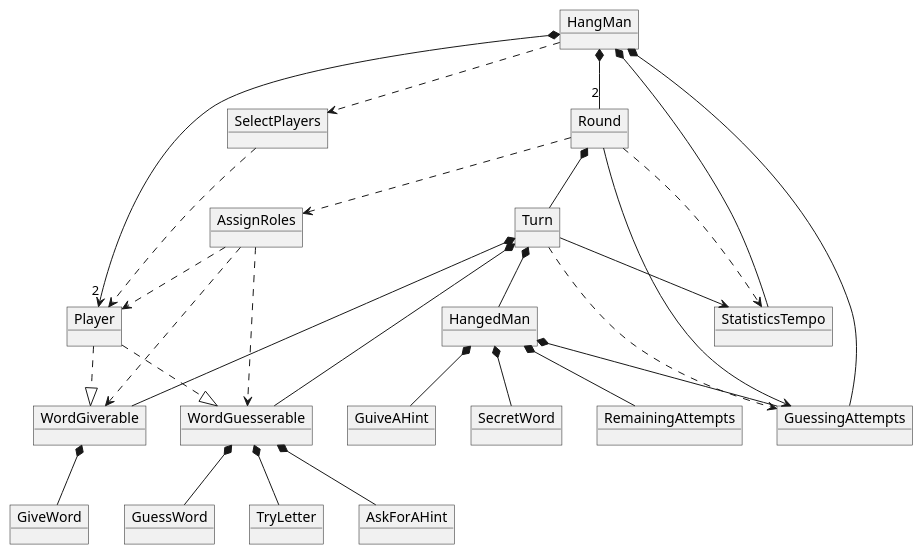
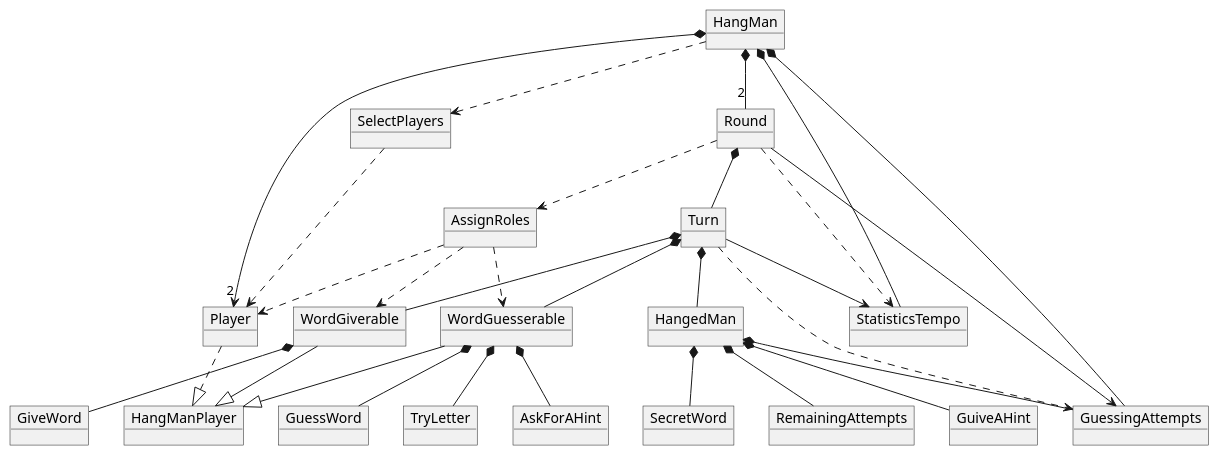
One commit to jesus-a-barrera/ExcerciseGames-ItFundamentals changed the diagram in docs/DomainDiagramHangMan.wsd. Above: the diagram before and after it, drawn with PlantUML. The commit also changed 1 other file, not shown here.

Commit message:
TicTacToe domain diagram

```diff
--- a/docs/DomainDiagramHangMan.wsd
+++ b/docs/DomainDiagramHangMan.wsd
@@ -1,55 +1,57 @@
 @startuml VocabularyHangMan
 
 object HangMan
 object SelectPlayers
 object Round 
 object Turn 
 object HangedMan
 object SecretWord
 object Player
 object WordGuesserable
 object WordGiverable
 object GiveWord
 object GuessWord
 object TryLetter
 object AssignRoles
 object StatisticsTempo
 object GuessingAttempts
 object AskForAHint
 object RemainingAttempts
 object GuiveAHint
+object HangManPlayer
 
 HangMan *--"2" Round
 HangMan ..> SelectPlayers
 HangMan *-->"2" Player
 HangMan *-- StatisticsTempo
 HangMan *-- GuessingAttempts
 
 Round --> GuessingAttempts
 Round *-- Turn
 Round ..> AssignRoles
 AssignRoles ..> Player
 AssignRoles ..> WordGiverable
 AssignRoles ..> WordGuesserable
 Round ..> StatisticsTempo
 
 Turn ..> GuessingAttempts
 Turn *-- HangedMan
 Turn *-- WordGiverable
 Turn *-- WordGuesserable
 Turn --> StatisticsTempo
 
 SelectPlayers ..> Player
-Player ..|> WordGiverable
-Player ..|> WordGuesserable
+WordGiverable --|> HangManPlayer
+WordGuesserable --|> HangManPlayer
+Player ..|> HangManPlayer
 WordGiverable *-- GiveWord
 WordGuesserable *-- GuessWord
 WordGuesserable *-- TryLetter
 WordGuesserable *-- AskForAHint
 
 HangedMan *-- SecretWord
 HangedMan *-- GuessingAttempts
 HangedMan *-- RemainingAttempts
 HangedMan *-- GuiveAHint
 
 @enduml
```
